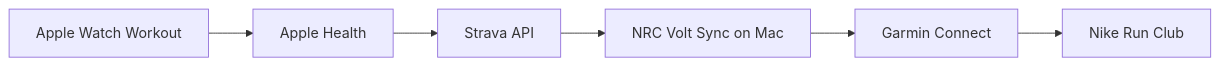
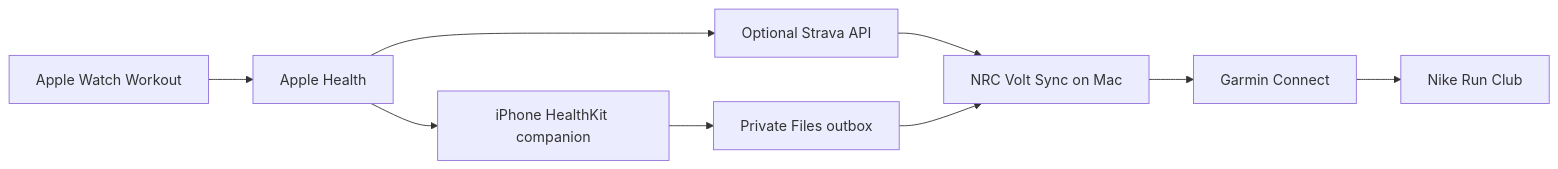
One commit to nirvanasangsara-AI/nrc-volt-sync changed the diagram in README.md. Above: the diagram before and after it, drawn with Mermaid. The commit also changed other lines of this file and 45 other files, not shown here.

First line of the commit message:
Add direct Apple Health sync without Strava (#4)

````diff
--- a/README.md
+++ b/README.md
@@ -15,8 +15,11 @@
 ```mermaid
 flowchart LR
     A["Apple Watch Workout"] --> B["Apple Health"]
-    B --> C["Strava API"]
-    C --> D["NRC Volt Sync on Mac"]
-    D --> E["Garmin Connect"]
+    B --> C["iPhone HealthKit companion"]
+    B --> S["Optional Strava API"]
+    C --> D["Private Files outbox"]
+    S --> M["NRC Volt Sync on Mac"]
+    D --> M
+    M --> E["Garmin Connect"]
     E --> F["Nike Run Club"]
 ```
````
